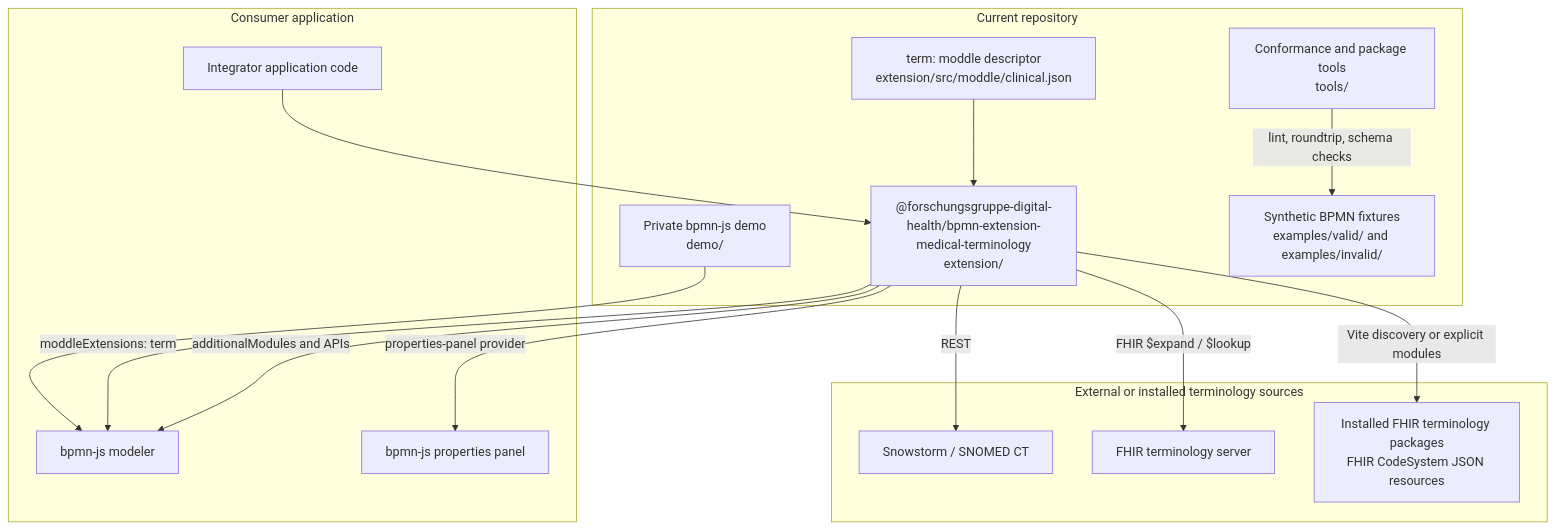
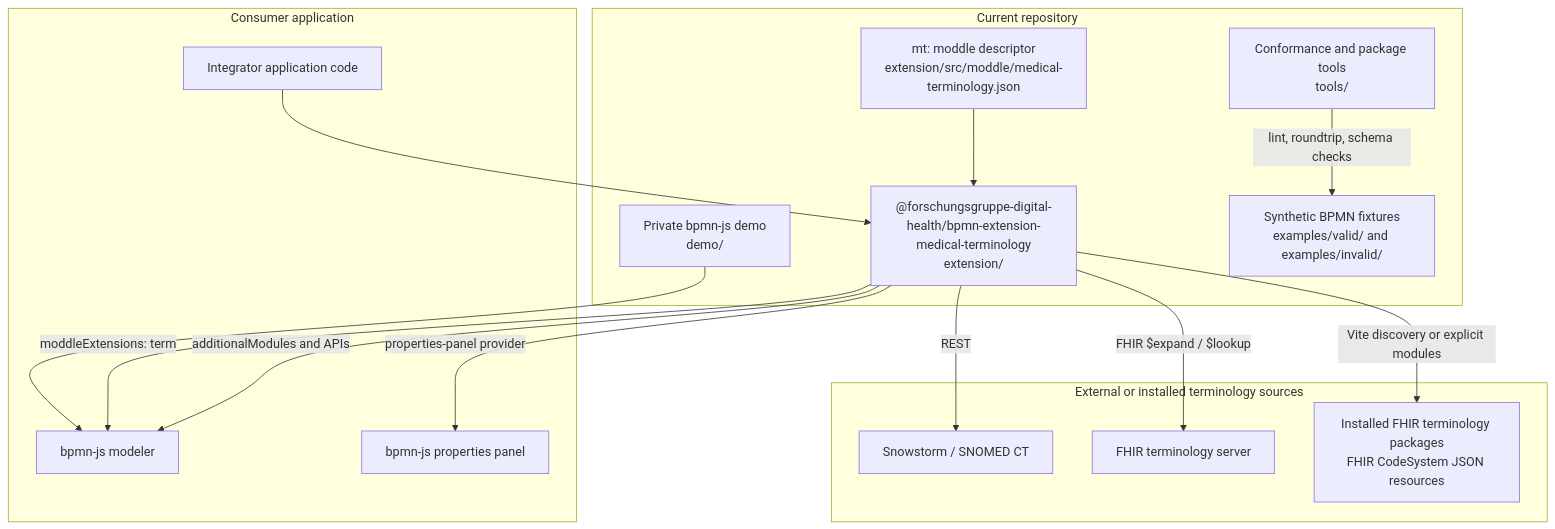
Before and after one commit to forschungsgruppe-digital-health/bpmn-extension-medical-terminology: the diagram in docs/arc42/03_context_and_scope.md, drawn with Mermaid. The commit also changed other lines of this file and 91 other files, not shown here.

Commit message:
refactor: align medical terminology naming

````diff
--- a/docs/arc42/03_context_and_scope.md
+++ b/docs/arc42/03_context_and_scope.md
@@ -8,33 +8,33 @@
 ```mermaid
 graph TB
     subgraph Repo["Current repository"]
         EXT["@forschungsgruppe-digital-health/bpmn-extension-medical-terminology<br/>extension/"]
         DEMO["Private bpmn-js demo<br/>demo/"]
         FIX["Synthetic BPMN fixtures<br/>examples/valid/ and examples/invalid/"]
         TOOLS["Conformance and package tools<br/>tools/"]
-        MODDLE["term: moddle descriptor<br/>extension/src/moddle/clinical.json"]
+        MODDLE["mt: moddle descriptor<br/>extension/src/moddle/medical-terminology.json"]
     end
 
     subgraph Host["Consumer application"]
         MODEL["bpmn-js modeler"]
         PANEL["bpmn-js properties panel"]
         APP["Integrator application code"]
     end
 
     subgraph External["External or installed terminology sources"]
         SNOW["Snowstorm / SNOMED CT"]
         FHIR["FHIR terminology server"]
         PACK["Installed FHIR terminology packages<br/>FHIR CodeSystem JSON resources"]
     end
 
     EXT -->|additionalModules and APIs| MODEL
     EXT -->|properties-panel provider| PANEL
     EXT -->|moddleExtensions: term| MODEL
     APP --> EXT
     DEMO --> MODEL
     MODDLE --> EXT
     EXT -->|REST| SNOW
     EXT -->|FHIR $expand / $lookup| FHIR
     EXT -->|Vite discovery or explicit modules| PACK
     TOOLS -->|lint, roundtrip, schema checks| FIX
 ```
````
